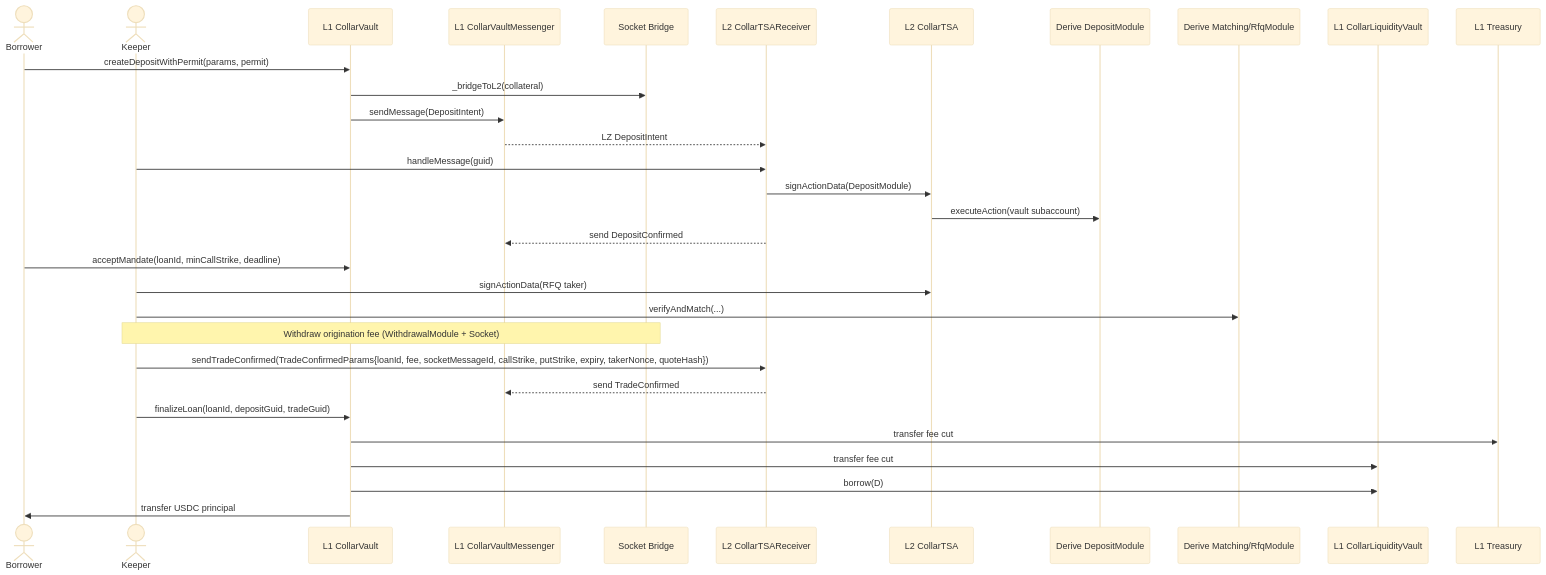
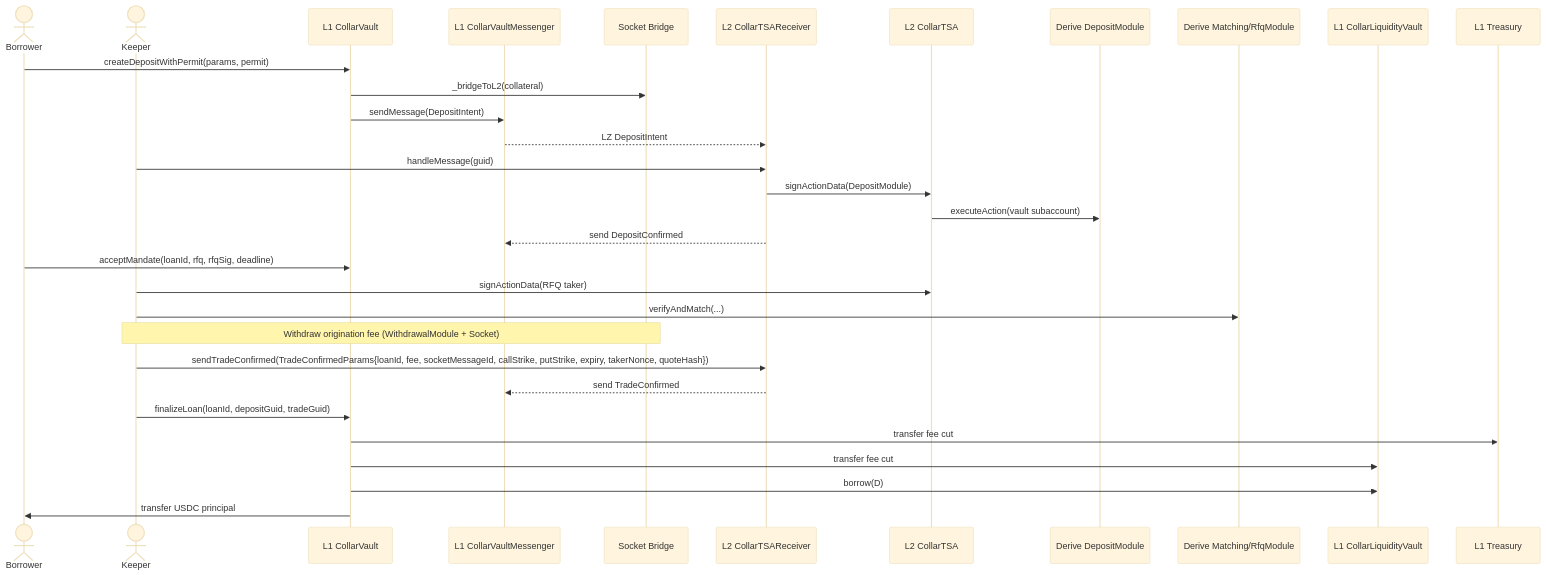
The first of 5 diagrams in docs/SPEC.md (valo/musical-bassoon), drawn with Mermaid (base theme) before and after one commit. The commit also changed other lines of this file and 2 other files, not shown here.

Commit message:
Vault: accept mandate via keeper-signed baseline RFQ; remove minCallStrike param

````diff
--- a/docs/SPEC.md
+++ b/docs/SPEC.md
@@ -129,34 +129,34 @@
 ```mermaid
 sequenceDiagram
   actor Borrower
   actor Keeper
   participant Vault as L1 CollarVault
   participant LZ as L1 CollarVaultMessenger
   participant Socket as Socket Bridge
   participant L2Recv as L2 CollarTSAReceiver
   participant TSA as L2 CollarTSA
   participant Deposit as Derive DepositModule
   participant Match as Derive Matching/RfqModule
   participant Liquidity as L1 CollarLiquidityVault
   participant Treasury as L1 Treasury
 
   Borrower->>Vault: createDepositWithPermit(params, permit)
   Vault->>Socket: _bridgeToL2(collateral)
   Vault->>LZ: sendMessage(DepositIntent)
   LZ-->>L2Recv: LZ DepositIntent
   Keeper->>L2Recv: handleMessage(guid)
   L2Recv->>TSA: signActionData(DepositModule)
   TSA->>Deposit: executeAction(vault subaccount)
   L2Recv-->>LZ: send DepositConfirmed
-  Borrower->>Vault: acceptMandate(loanId, minCallStrike, deadline)
+  Borrower->>Vault: acceptMandate(loanId, rfq, rfqSig, deadline)
   Keeper->>TSA: signActionData(RFQ taker)
   Keeper->>Match: verifyAndMatch(...)
   Note over Keeper,Socket: Withdraw origination fee (WithdrawalModule + Socket)
   Keeper->>L2Recv: sendTradeConfirmed(TradeConfirmedParams{loanId, fee, socketMessageId, callStrike, putStrike, expiry, takerNonce, quoteHash})
   L2Recv-->>LZ: send TradeConfirmed
   Keeper->>Vault: finalizeLoan(loanId, depositGuid, tradeGuid)
   Vault->>Treasury: transfer fee cut
   Vault->>Liquidity: transfer fee cut
   Vault->>Liquidity: borrow(D)
   Vault->>Borrower: transfer USDC principal
 ```
````
